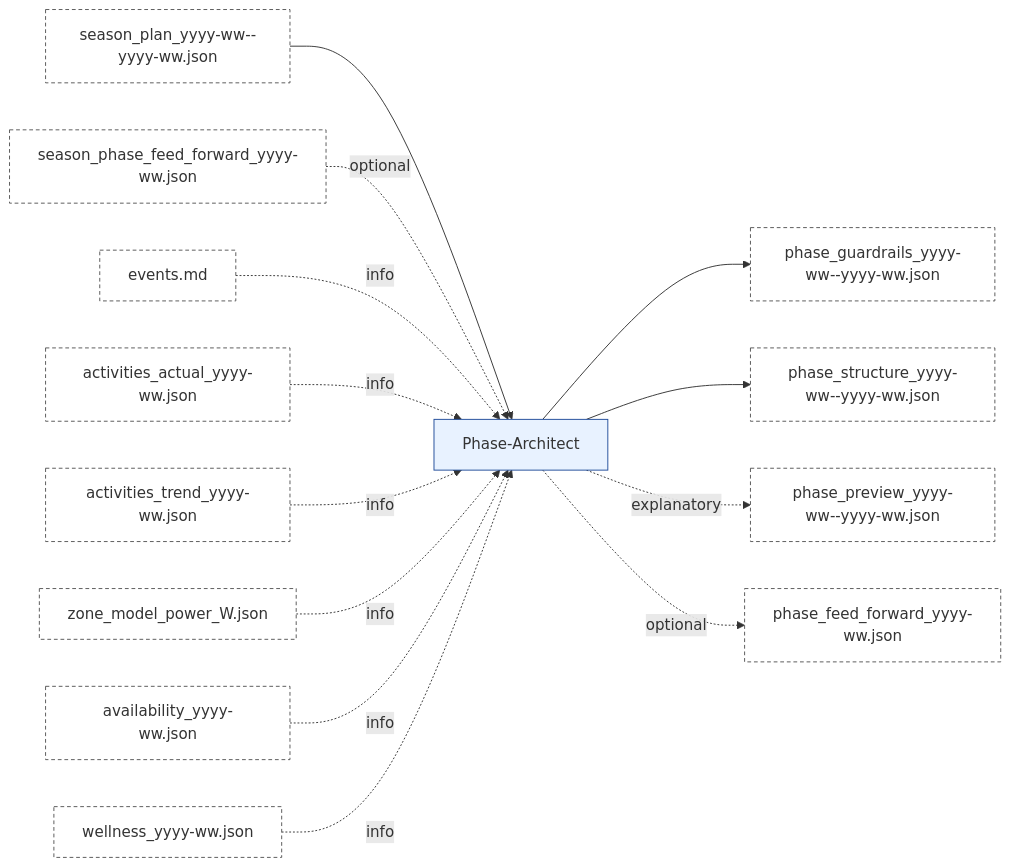
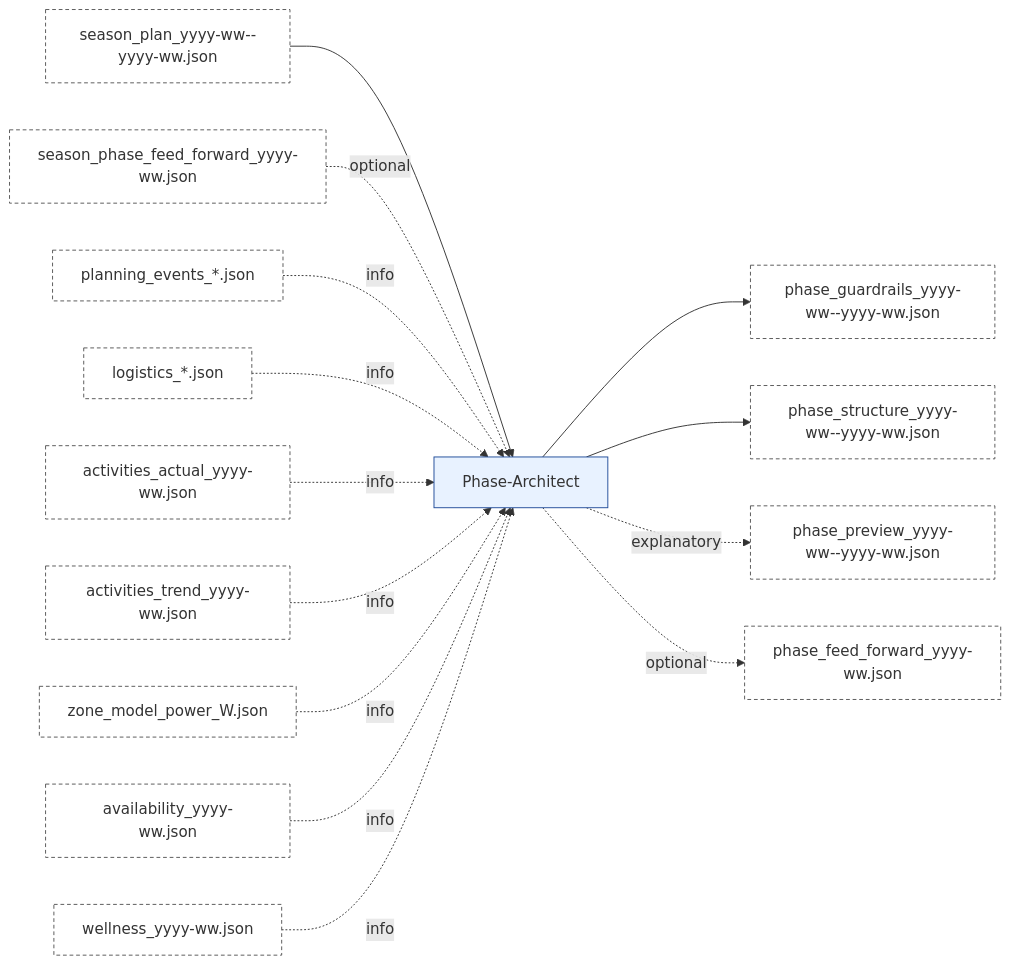
Before and after one commit to albauer-priv/RPS: the fourth of 8 diagrams in doc/overview/artefact_flow.md, drawn with Mermaid. The commit also changed other lines of this file and 78 other files, not shown here.

````diff
--- a/doc/overview/artefact_flow.md
+++ b/doc/overview/artefact_flow.md
@@ -223,19 +237,20 @@
 ```mermaid
 flowchart LR
   MO[season_plan_yyyy-ww--yyyy-ww.json]:::artefact --> ME[Phase-Architect]:::agent
   SPFF[season_phase_feed_forward_yyyy-ww.json]:::artefact -. optional .-> ME
-  EV[events.md]:::artefact -. info .-> ME
+  PE[planning_events_*.json]:::artefact -. info .-> ME
+  LG[logistics_*.json]:::artefact -. info .-> ME
   AA[activities_actual_yyyy-ww.json]:::artefact -. info .-> ME
   AT[activities_trend_yyyy-ww.json]:::artefact -. info .-> ME
   ZM[zone_model_power_<FTP>W.json]:::artefact -. info .-> ME
   AV[availability_yyyy-ww.json]:::artefact -. info .-> ME
   WL[wellness_yyyy-ww.json]:::artefact -. info .-> ME
 
   ME --> BG[phase_guardrails_yyyy-ww--yyyy-ww.json]:::artefact
   ME --> BEA[phase_structure_yyyy-ww--yyyy-ww.json]:::artefact
   ME -. explanatory .-> BEP[phase_preview_yyyy-ww--yyyy-ww.json]:::artefact
   ME -. optional .-> BFF[phase_feed_forward_yyyy-ww.json]:::artefact
 
   classDef agent fill:#e8f2ff,stroke:#1f4b99,stroke-width:1px;
   classDef artefact fill:#ffffff,stroke:#555,stroke-dasharray: 4 3,stroke-width:1px;
 ```
````
